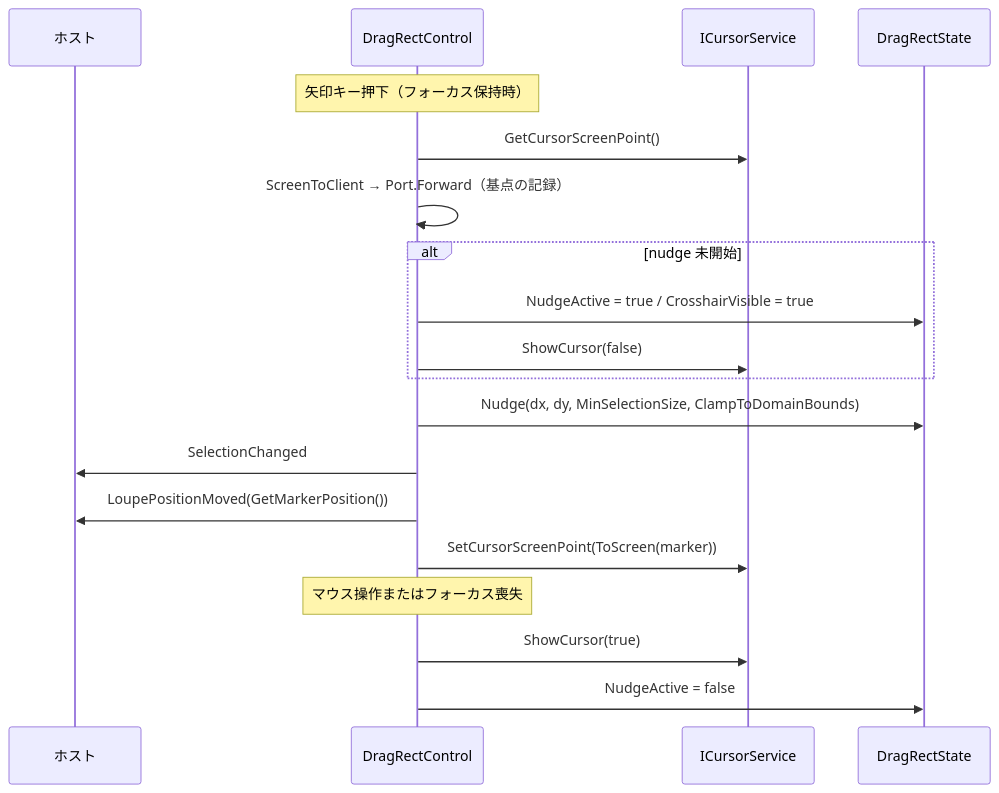
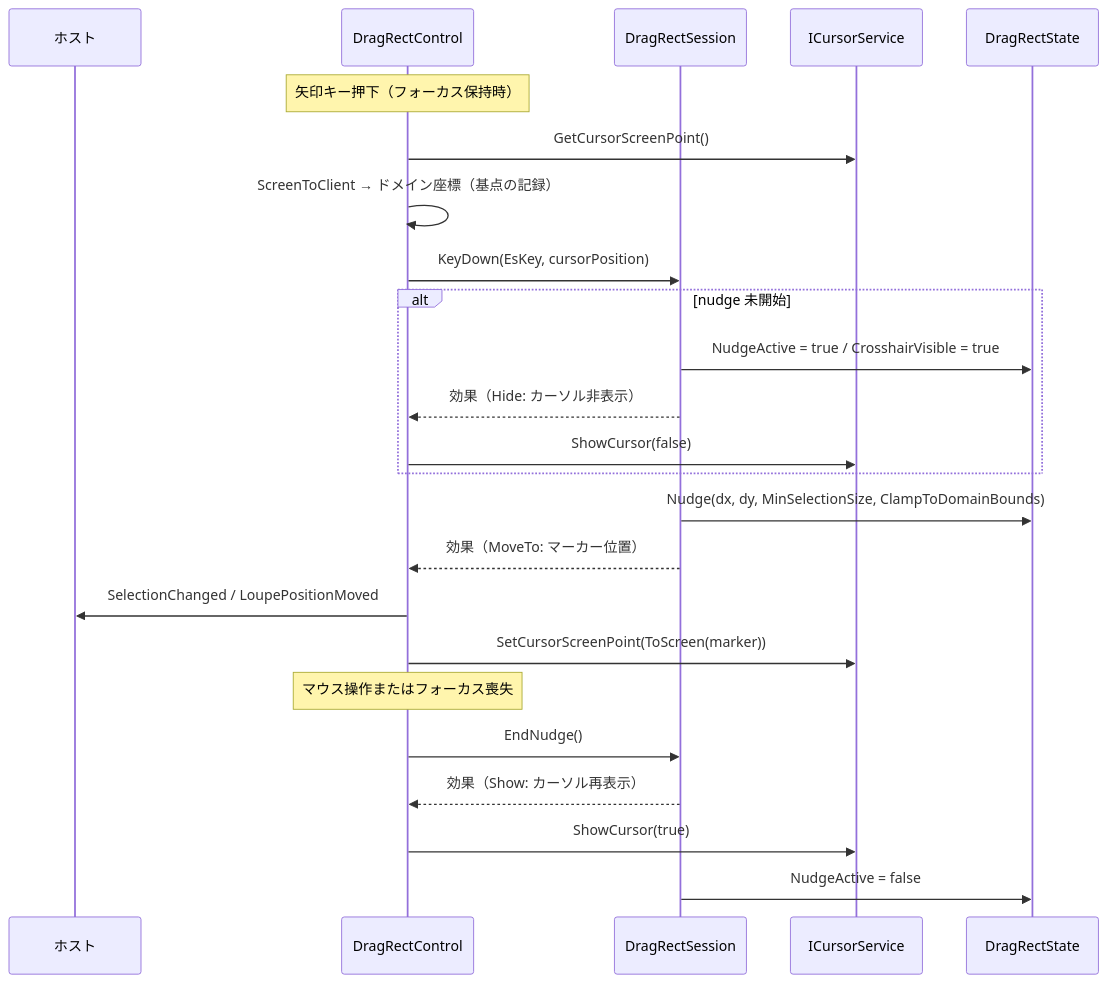
The third of 4 diagrams in src/DragRectControl.MewUI/SPEC_System.md (tomokuni/SaveEvidence), drawn with Mermaid before and after one commit. The commit also changed other lines of this file and 25 other files, not shown here.

````diff
--- a/src/DragRectControl.MewUI/SPEC_System.md
+++ b/src/DragRectControl.MewUI/SPEC_System.md
@@ -216,22 +252,27 @@
 ```mermaid
 sequenceDiagram
     participant Host as ホスト
     participant Ctl as DragRectControl
+    participant Ses as DragRectSession
     participant Cur as ICursorService
     participant St as DragRectState
 
     Note over Ctl: 矢印キー押下（フォーカス保持時）
     Ctl->>Cur: GetCursorScreenPoint()
-    Ctl->>Ctl: ScreenToClient → Port.Forward（基点の記録）
+    Ctl->>Ctl: ScreenToClient → ドメイン座標（基点の記録）
+    Ctl->>Ses: KeyDown(EsKey, cursorPosition)
     alt nudge 未開始
-        Ctl->>St: NudgeActive = true / CrosshairVisible = true
+        Ses->>St: NudgeActive = true / CrosshairVisible = true
+        Ses-->>Ctl: 効果（Hide: カーソル非表示）
         Ctl->>Cur: ShowCursor(false)
     end
-    Ctl->>St: Nudge(dx, dy, MinSelectionSize, ClampToDomainBounds)
-    Ctl->>Host: SelectionChanged
-    Ctl->>Host: LoupePositionMoved(GetMarkerPosition())
+    Ses->>St: Nudge(dx, dy, MinSelectionSize, ClampToDomainBounds)
+    Ses-->>Ctl: 効果（MoveTo: マーカー位置）
+    Ctl->>Host: SelectionChanged / LoupePositionMoved
     Ctl->>Cur: SetCursorScreenPoint(ToScreen(marker))
     Note over Ctl: マウス操作またはフォーカス喪失
+    Ctl->>Ses: EndNudge()
+    Ses-->>Ctl: 効果（Show: カーソル再表示）
     Ctl->>Cur: ShowCursor(true)
-    Ctl->>St: NudgeActive = false
+    Ses->>St: NudgeActive = false
 ```
````
